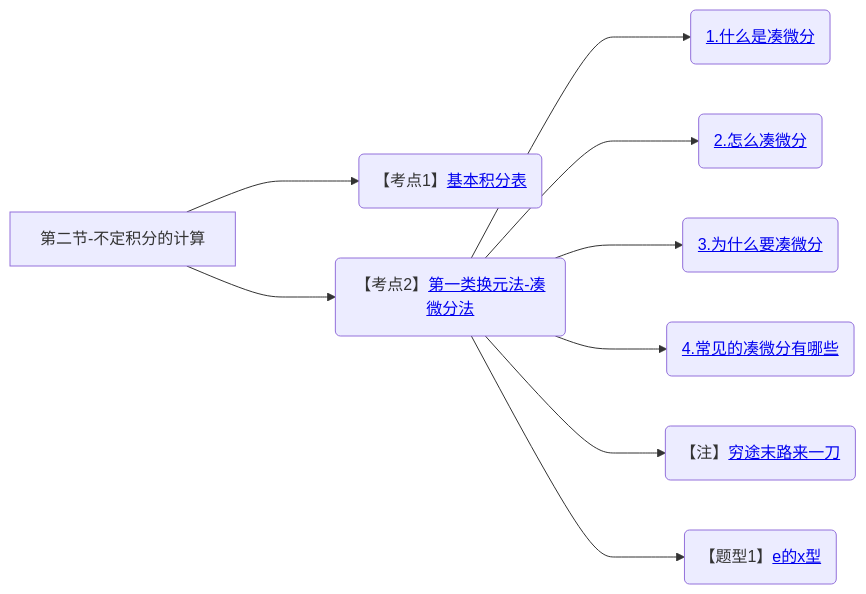
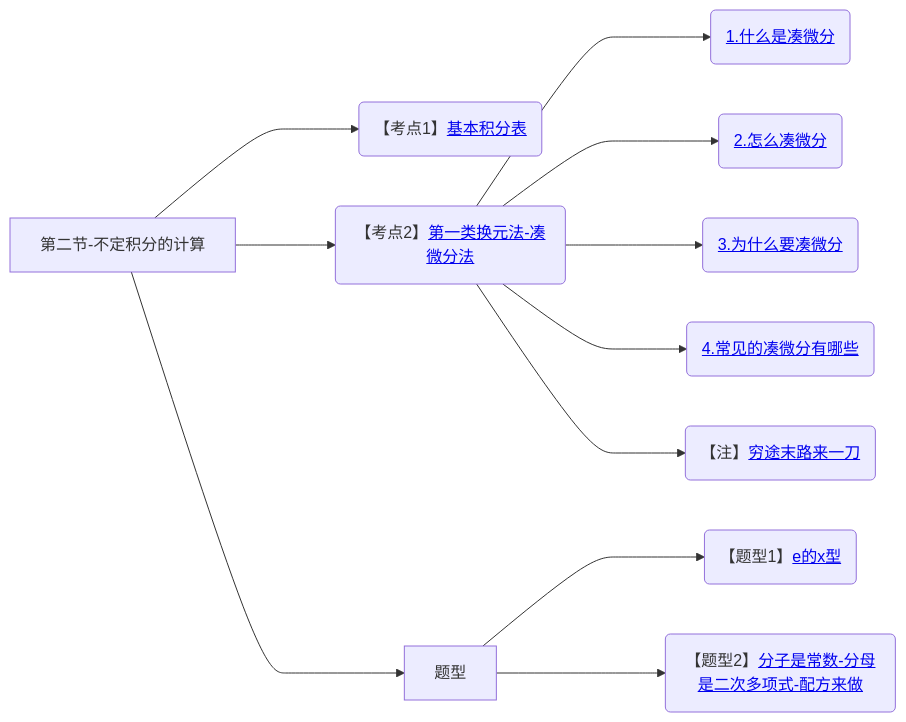
One commit to yuebinghui/note changed diagram 18 of 18 in 笔记/数学/周洋鑫/01.基础班思维导图.md. Above: the diagram before and after it, drawn with Mermaid. The commit also changed 10 other files, not shown here.

````diff
--- a/笔记/数学/周洋鑫/01.基础班思维导图.md
+++ b/笔记/数学/周洋鑫/01.基础班思维导图.md
@@ -625,15 +625,18 @@
 ```mermaid
 graph LR
 第二节-不定积分的计算
 
 第二节-不定积分的计算--->基本积分表(【考点1】<a href="/Users/yuebinghui/Documents/program/github/note/笔记/数学/周洋鑫/基础班/18.不定积分_1.md#基本积分表">基本积分表</>)
 
 第二节-不定积分的计算--->第一类换元法-凑微分法(【考点2】<a href="/Users/yuebinghui/Documents/program/github/note/笔记/数学/周洋鑫/基础班/18.不定积分_1.md#第一类换元法-凑微分法">第一类换元法-凑微分法</>)
 第一类换元法-凑微分法--->1.什么是凑微分(<a href="/Users/yuebinghui/Documents/program/github/note/笔记/数学/周洋鑫/基础班/18.不定积分_1.md#1.什么是凑微分">1.什么是凑微分</>)
 第一类换元法-凑微分法--->2.怎么凑微分(<a href="/Users/yuebinghui/Documents/program/github/note/笔记/数学/周洋鑫/基础班/18.不定积分_1.md#2.怎么凑微分">2.怎么凑微分</>)
 第一类换元法-凑微分法--->3.为什么要凑微分(<a href="/Users/yuebinghui/Documents/program/github/note/笔记/数学/周洋鑫/基础班/18.不定积分_1.md#3.为什么要凑微分">3.为什么要凑微分</>)
 第一类换元法-凑微分法--->4.常见的凑微分有哪些(<a href="/Users/yuebinghui/Documents/program/github/note/笔记/数学/周洋鑫/基础班/18.不定积分_1.md#4.常见的凑微分有哪些">4.常见的凑微分有哪些</>)
 第一类换元法-凑微分法--->穷途末路来一刀(【注】<a href="/Users/yuebinghui/Documents/program/github/note/笔记/数学/周洋鑫/基础班/18.不定积分_1.md#穷途末路来一刀">穷途末路来一刀</>)
-第一类换元法-凑微分法--->e的x型(【题型1】<a href="/Users/yuebinghui/Documents/program/github/note/笔记/数学/周洋鑫/基础班/18.不定积分_1.md#e的x型">e的x型</>)
+
+第二节-不定积分的计算--->题型
+题型--->e的x型(【题型1】<a href="/Users/yuebinghui/Documents/program/github/note/笔记/数学/周洋鑫/基础班/18.不定积分_1.md#e的x型">e的x型</>)
+题型--->分子是常数-分母是二次多项式-配方来做(【题型2】<a href="/Users/yuebinghui/Documents/program/github/note/笔记/数学/周洋鑫/基础班/19.不定积分_2.md#分子是常数-分母是二次多项式-配方来做">分子是常数-分母是二次多项式-配方来做</>)
 
 ```
````
